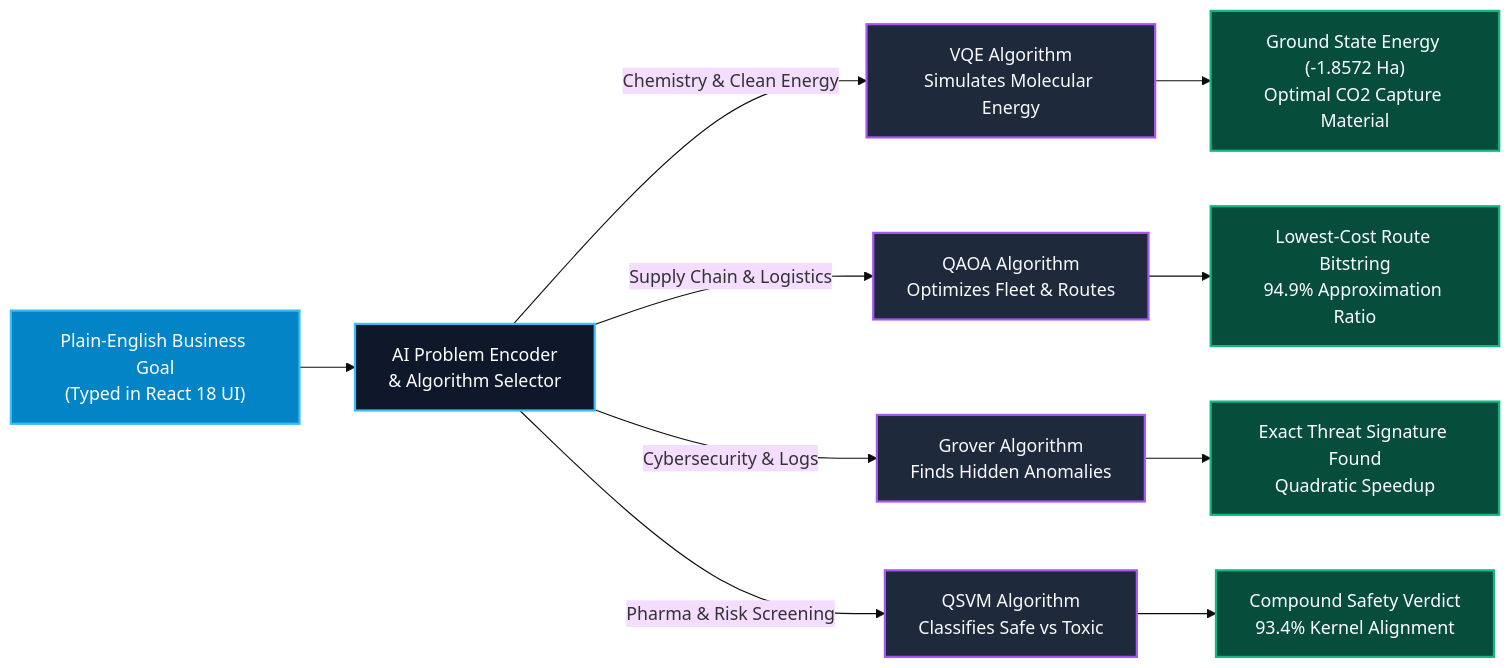
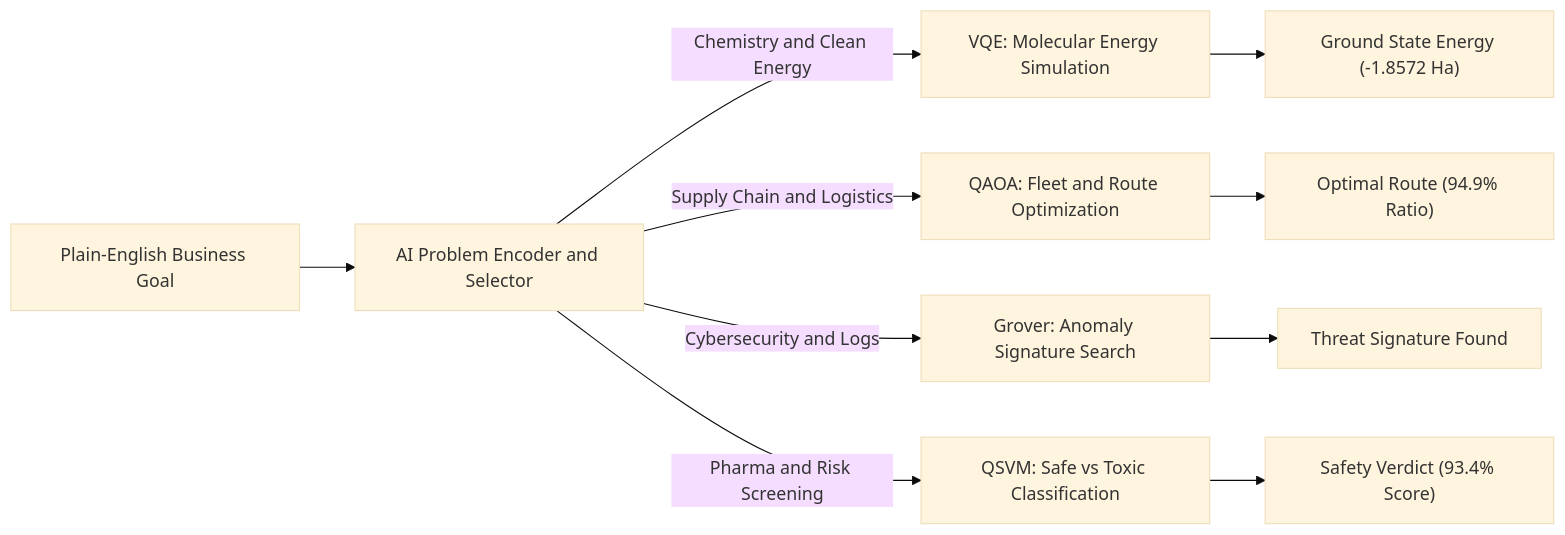
Before and after one commit to AI-Governance-Lab/governed-quantum-agents: the first of 3 diagrams in README.md, drawn with Mermaid (base theme). The commit also changed other lines of this file, not shown here.

Commit message:
fix(readme): remove HTML br and ampersands in Mermaid for Chrome GitHub viewscreen

````diff
--- a/README.md
+++ b/README.md
@@ -117,25 +117,14 @@
 ```mermaid
-flowchart LR
-    Goal["Plain-English Business Goal<br/>(Typed in React 18 UI)"] --> Encoder["AI Problem Encoder<br/>& Algorithm Selector"]
+graph LR
+    Goal["Plain-English Business Goal"] --> Encoder["AI Problem Encoder and Selector"]
 
-    Encoder -->|"Chemistry & Clean Energy"| VQE["VQE Algorithm<br/>Simulates Molecular Energy"]
-    Encoder -->|"Supply Chain & Logistics"| QAOA["QAOA Algorithm<br/>Optimizes Fleet & Routes"]
-    Encoder -->|"Cybersecurity & Logs"| Grover["Grover Algorithm<br/>Finds Hidden Anomalies"]
-    Encoder -->|"Pharma & Risk Screening"| QSVM["QSVM Algorithm<br/>Classifies Safe vs Toxic"]
+    Encoder -->|Chemistry and Clean Energy| VQE["VQE: Molecular Energy Simulation"]
+    Encoder -->|Supply Chain and Logistics| QAOA["QAOA: Fleet and Route Optimization"]
+    Encoder -->|Cybersecurity and Logs| Grover["Grover: Anomaly Signature Search"]
+    Encoder -->|Pharma and Risk Screening| QSVM["QSVM: Safe vs Toxic Classification"]
 
-    VQE --> OutVQE["Ground State Energy (-1.8572 Ha)<br/>Optimal CO2 Capture Material"]
-    QAOA --> OutQAOA["Lowest-Cost Route Bitstring<br/>94.9% Approximation Ratio"]
-    Grover --> OutGrover["Exact Threat Signature Found<br/>Quadratic Speedup"]
-    QSVM --> OutQSVM["Compound Safety Verdict<br/>93.4% Kernel Alignment"]
-
-    style Goal fill:#0284c7,stroke:#38bdf8,stroke-width:2px,color:#ffffff
-    style Encoder fill:#0f172a,stroke:#38bdf8,stroke-width:2px,color:#ffffff
-    style VQE fill:#1e293b,stroke:#a855f7,stroke-width:2px,color:#f8fafc
-    style QAOA fill:#1e293b,stroke:#a855f7,stroke-width:2px,color:#f8fafc
-    style Grover fill:#1e293b,stroke:#a855f7,stroke-width:2px,color:#f8fafc
-    style QSVM fill:#1e293b,stroke:#a855f7,stroke-width:2px,color:#f8fafc
-    style OutVQE fill:#064e3b,stroke:#10b981,stroke-width:2px,color:#ffffff
-    style OutQAOA fill:#064e3b,stroke:#10b981,stroke-width:2px,color:#ffffff
-    style OutGrover fill:#064e3b,stroke:#10b981,stroke-width:2px,color:#ffffff
-    style OutQSVM fill:#064e3b,stroke:#10b981,stroke-width:2px,color:#ffffff
+    VQE --> OutVQE["Ground State Energy (-1.8572 Ha)"]
+    QAOA --> OutQAOA["Optimal Route (94.9% Ratio)"]
+    Grover --> OutGrover["Threat Signature Found"]
+    QSVM --> OutQSVM["Safety Verdict (93.4% Score)"]
 ```
````
